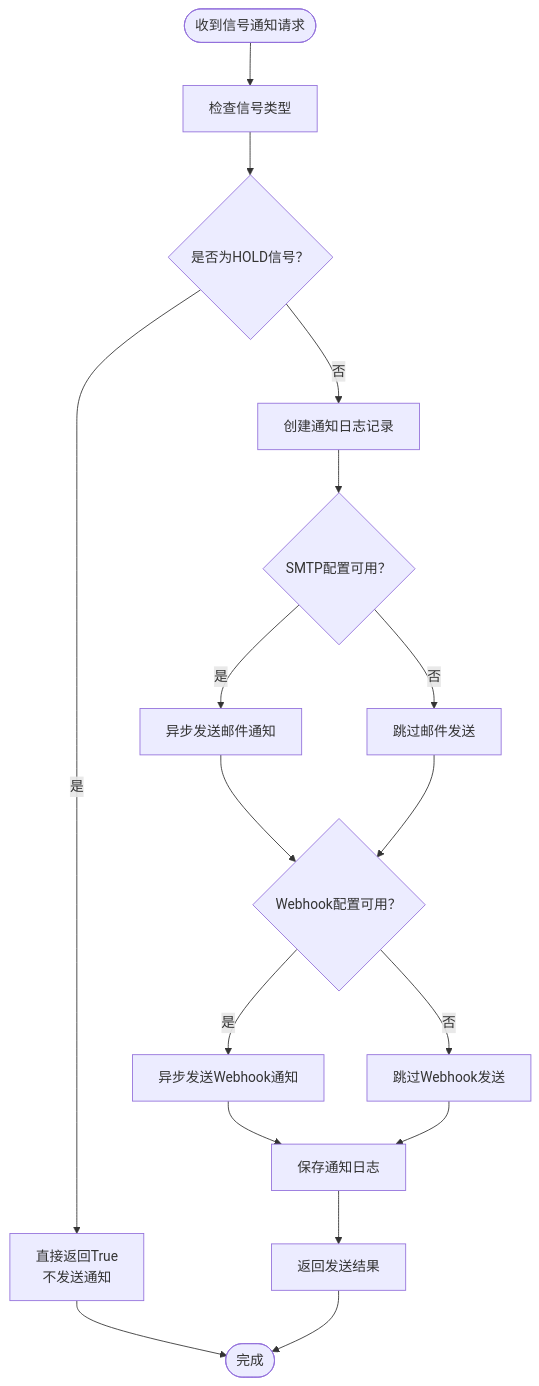
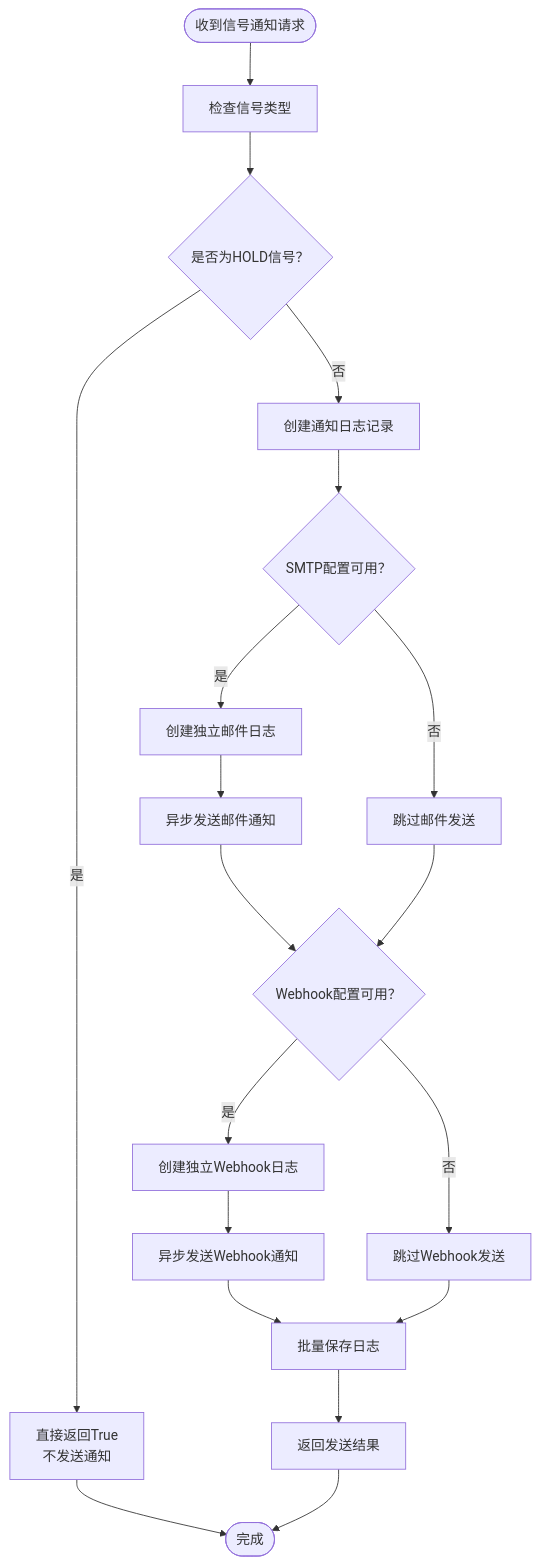
One commit to raymodny-ai/The-Modern-Turtle-Protocol changed the third of 4 diagrams in .qoder/repowiki/zh/content/核心功能模块/通知模块.md. Above: the diagram before and after it, drawn with Mermaid. The commit also changed other lines of this file and 15 other files, not shown here.

````diff
--- a/.qoder/repowiki/zh/content/核心功能模块/通知模块.md
+++ b/.qoder/repowiki/zh/content/核心功能模块/通知模块.md
@@ -158,19 +163,21 @@
 ```mermaid
 flowchart TD
 Start(["收到信号通知请求"]) --> CheckSignal["检查信号类型"]
 CheckSignal --> IsHold{"是否为HOLD信号？"}
 IsHold --> |是| ReturnTrue["直接返回True<br/>不发送通知"]
 IsHold --> |否| CreateLog["创建通知日志记录"]
 CreateLog --> SendEmail{"SMTP配置可用？"}
-SendEmail --> |是| SendSMTP["异步发送邮件通知"]
+SendEmail --> |是| CreateEmailLog["创建独立邮件日志"]
+CreateEmailLog --> SendSMTP["异步发送邮件通知"]
 SendEmail --> |否| SkipEmail["跳过邮件发送"]
 SendSMTP --> SendWebhook{"Webhook配置可用？"}
 SkipEmail --> SendWebhook
-SendWebhook --> |是| SendWH["异步发送Webhook通知"]
+SendWebhook --> |是| CreateWebhookLog["创建独立Webhook日志"]
+CreateWebhookLog --> SendWH["异步发送Webhook通知"]
 SendWebhook --> |否| SkipWH["跳过Webhook发送"]
-SendWH --> SaveLog["保存通知日志"]
-SkipWH --> SaveLog
-SaveLog --> ReturnResult["返回发送结果"]
+SendWH --> SaveLogs["批量保存日志"]
+SkipWH --> SaveLogs
+SaveLogs --> ReturnResult["返回发送结果"]
 ReturnTrue --> End(["完成"])
 ReturnResult --> End
 ```
````
